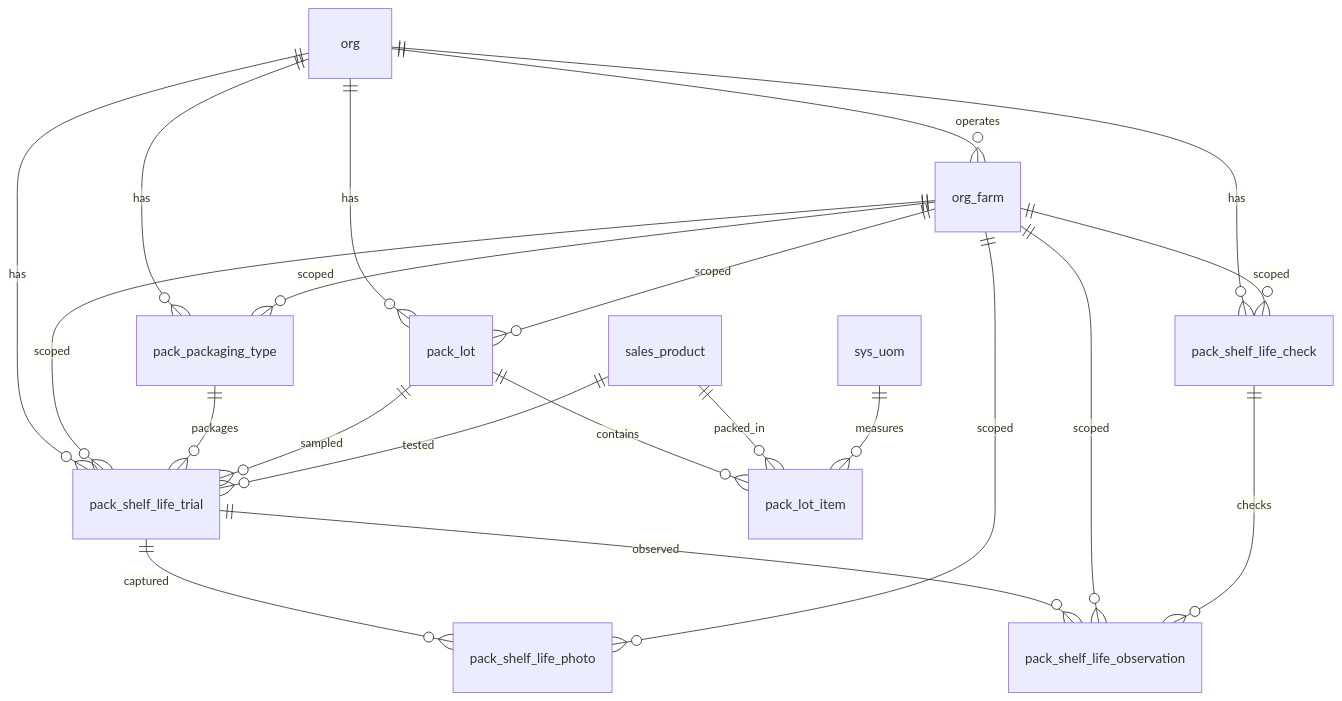
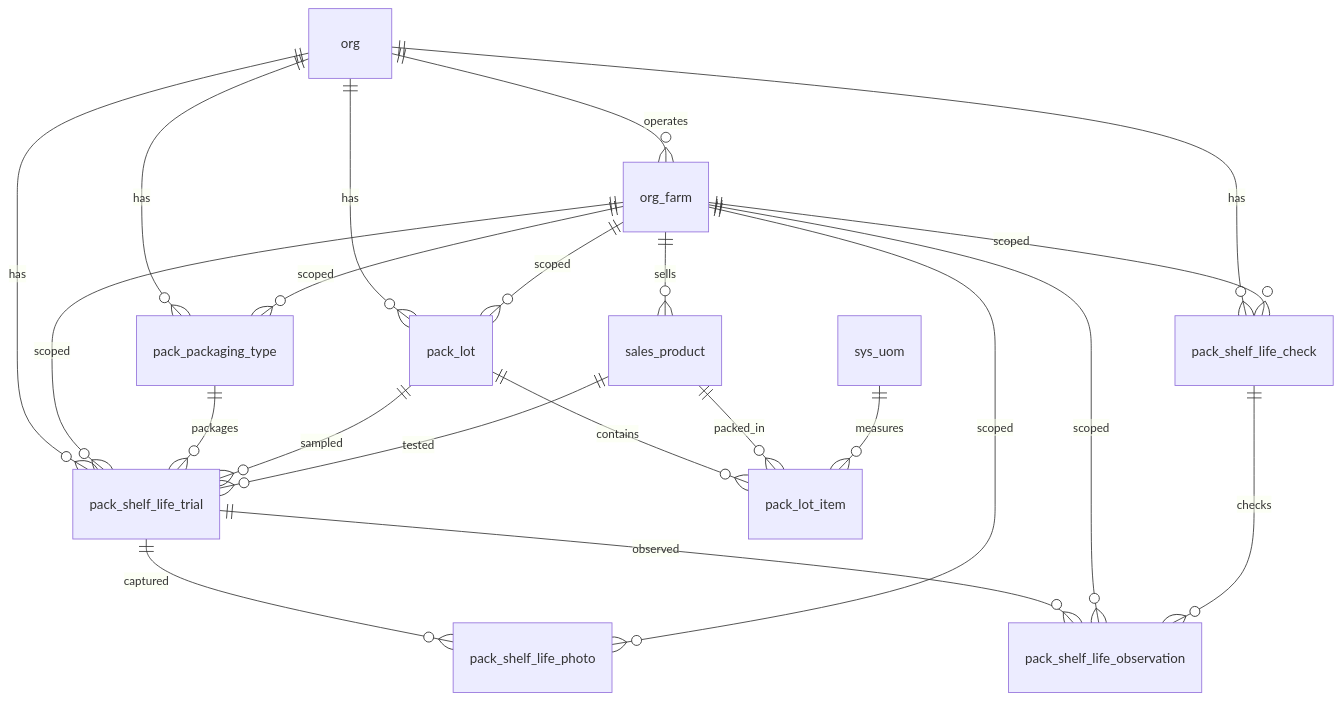
The diagram in docs/schemas/20260324_07_pack.md (Hawaii-Farming/aloha-app), drawn with Mermaid before and after one commit. The commit also changed other lines of this file and 20 other files, not shown here.

````diff
--- a/docs/schemas/20260324_07_pack.md
+++ b/docs/schemas/20260324_07_pack.md
@@ -13,24 +11,25 @@
 ```mermaid
 erDiagram
     org ||--o{ org_farm : operates
     org ||--o{ pack_packaging_type : has
     org ||--o{ pack_lot : has
     org ||--o{ pack_shelf_life_check : has
     org ||--o{ pack_shelf_life_trial : has
+    org_farm ||--o{ sales_product : sells
     org_farm ||--o{ pack_lot : scoped
     pack_lot ||--o{ pack_lot_item : contains
     sales_product ||--o{ pack_lot_item : packed_in
     sys_uom ||--o{ pack_lot_item : measures
 
     org_farm ||--o{ pack_packaging_type : scoped
     org_farm ||--o{ pack_shelf_life_check : scoped
     org_farm ||--o{ pack_shelf_life_trial : scoped
     pack_packaging_type ||--o{ pack_shelf_life_trial : packages
     pack_lot ||--o{ pack_shelf_life_trial : sampled
     sales_product ||--o{ pack_shelf_life_trial : tested
     pack_shelf_life_trial ||--o{ pack_shelf_life_observation : observed
     org_farm ||--o{ pack_shelf_life_observation : scoped
     pack_shelf_life_check ||--o{ pack_shelf_life_observation : checks
     pack_shelf_life_trial ||--o{ pack_shelf_life_photo : captured
     org_farm ||--o{ pack_shelf_life_photo : scoped
 ```
````
